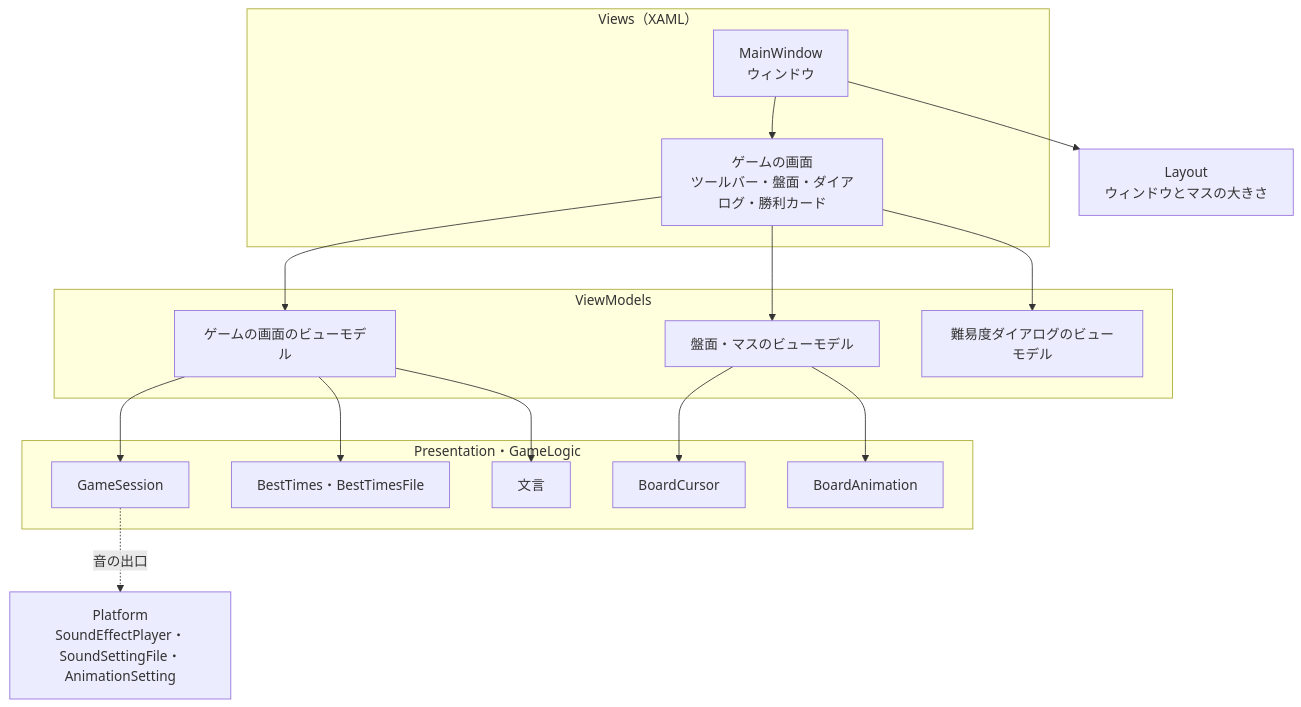
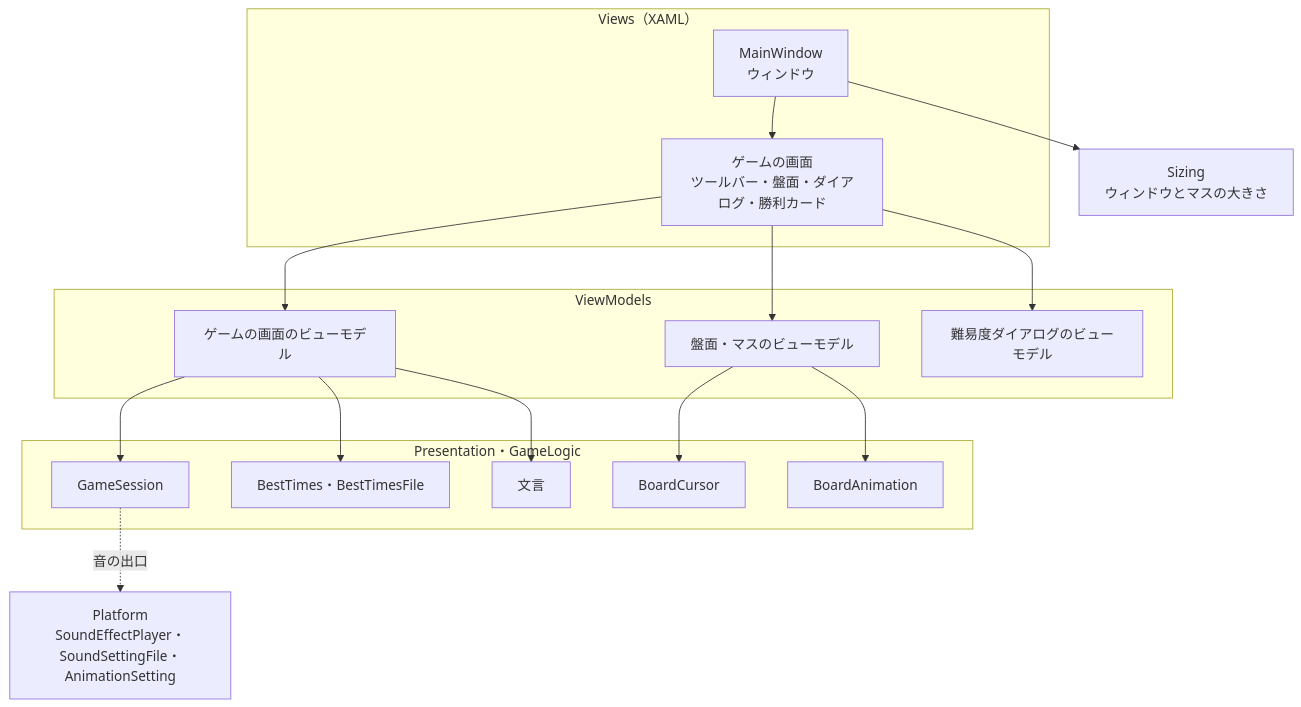
One commit to Fujiwo/Shos.Minesweeper changed the third of 5 diagrams in docs/desktop-console/04-architecture.md. Above: the diagram before and after it, drawn with Mermaid. The commit also changed other lines of this file and 3 other files, not shown here.

Commit message:
docs: update architecture design document and review log for desktop and console versions

````diff
--- a/docs/desktop-console/04-architecture.md
+++ b/docs/desktop-console/04-architecture.md
@@ -193,32 +194,32 @@
 ```mermaid
 flowchart TB
     subgraph Views["Views（XAML）"]
         MainWindow["MainWindow<br/>ウィンドウ"]
         GameView["ゲームの画面<br/>ツールバー・盤面・ダイアログ・勝利カード"]
     end
     subgraph ViewModels["ViewModels"]
         GameVM["ゲームの画面のビューモデル"]
         BoardVM["盤面・マスのビューモデル"]
         DialogVM["難易度ダイアログのビューモデル"]
     end
     subgraph Shared["Presentation・GameLogic"]
         Session["GameSession"]
         Cursor["BoardCursor"]
         Animation["BoardAnimation"]
         Texts["文言"]
         BestTimes["BestTimes・BestTimesFile"]
     end
     Platform["Platform<br/>SoundEffectPlayer・SoundSettingFile・<br/>AnimationSetting"]
-    Layout["Layout<br/>ウィンドウとマスの大きさ"]
+    Sizing["Sizing<br/>ウィンドウとマスの大きさ"]
     MainWindow --> GameView
-    MainWindow --> Layout
+    MainWindow --> Sizing
     GameView --> GameVM
     GameView --> BoardVM
     GameView --> DialogVM
     GameVM --> Session
     GameVM --> BestTimes
     GameVM --> Texts
     BoardVM --> Cursor
     BoardVM --> Animation
     Session -. "音の出口" .-> Platform
 ```
````
